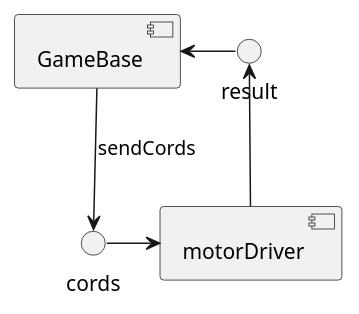
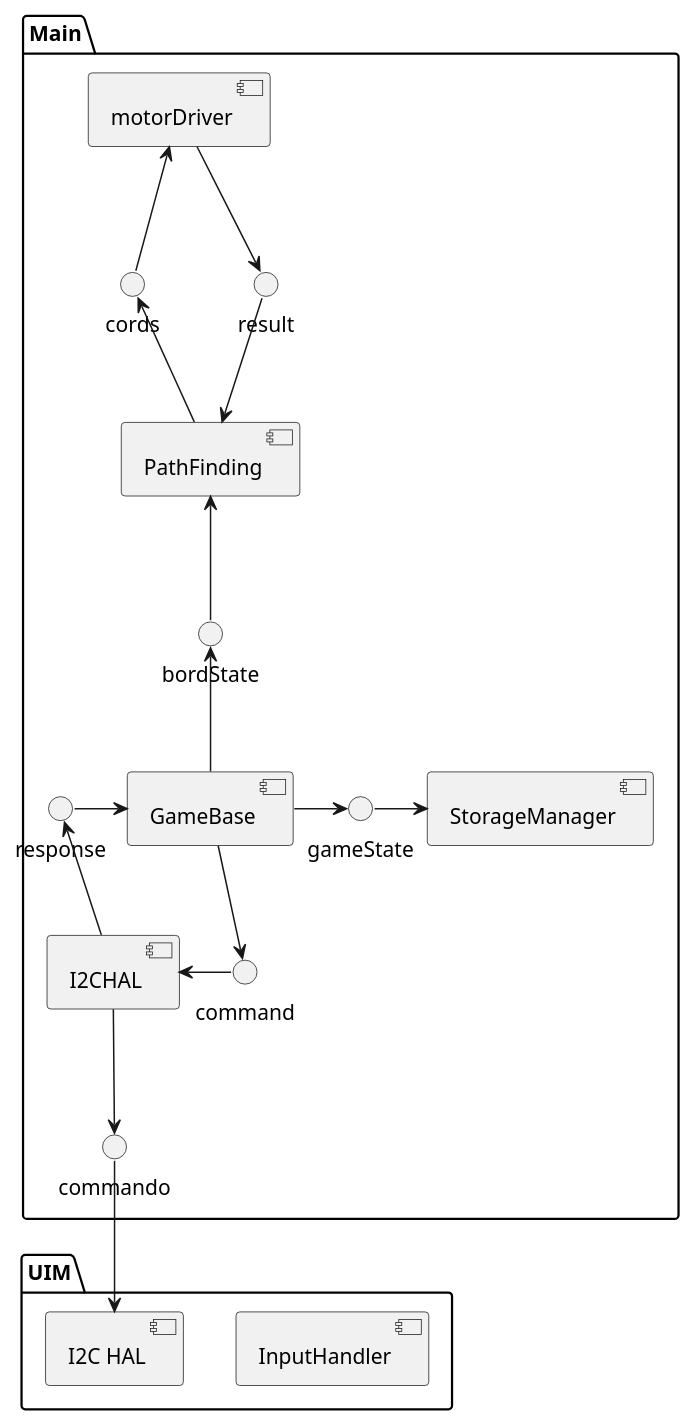
The diagram in documentation/componentdiagram.plantuml (RemonZander/MTG), drawn with PlantUML before and after one commit. The commit also changed 1 other file, not shown here.

Commit message:
updated class and component diagram

```diff
--- a/documentation/componentdiagram.plantuml
+++ b/documentation/componentdiagram.plantuml
@@ -1,10 +1,37 @@
 @startuml componentdiagram
+package "Main" {
+    cords <-- [PathFinding]
 
-[GameBase] --> cords : sendCords
+    [motorDriver] <-- cords
 
-cords -> [motorDriver]
+    [motorDriver] --> result
 
-result <-- [motorDriver]
+    result --> [PathFinding]
 
-[GameBase] <- result
+    [GameBase] -> gameState
+
+    gameState -> [StorageManager]
+
+    bordState <-- [GameBase]
+
+    [PathFinding] <-- bordState
+
+    [GameBase] --> command
+
+    [I2CHAL] <- command
+
+    response <-- [I2CHAL]
+
+    response -> [GameBase]
+
+    [I2CHAL] --> commando
+}
+
+package "UIM" {
+    [InputHandler]
+
+    commando --> [I2C HAL]
+
+    
+}
 @enduml
```
